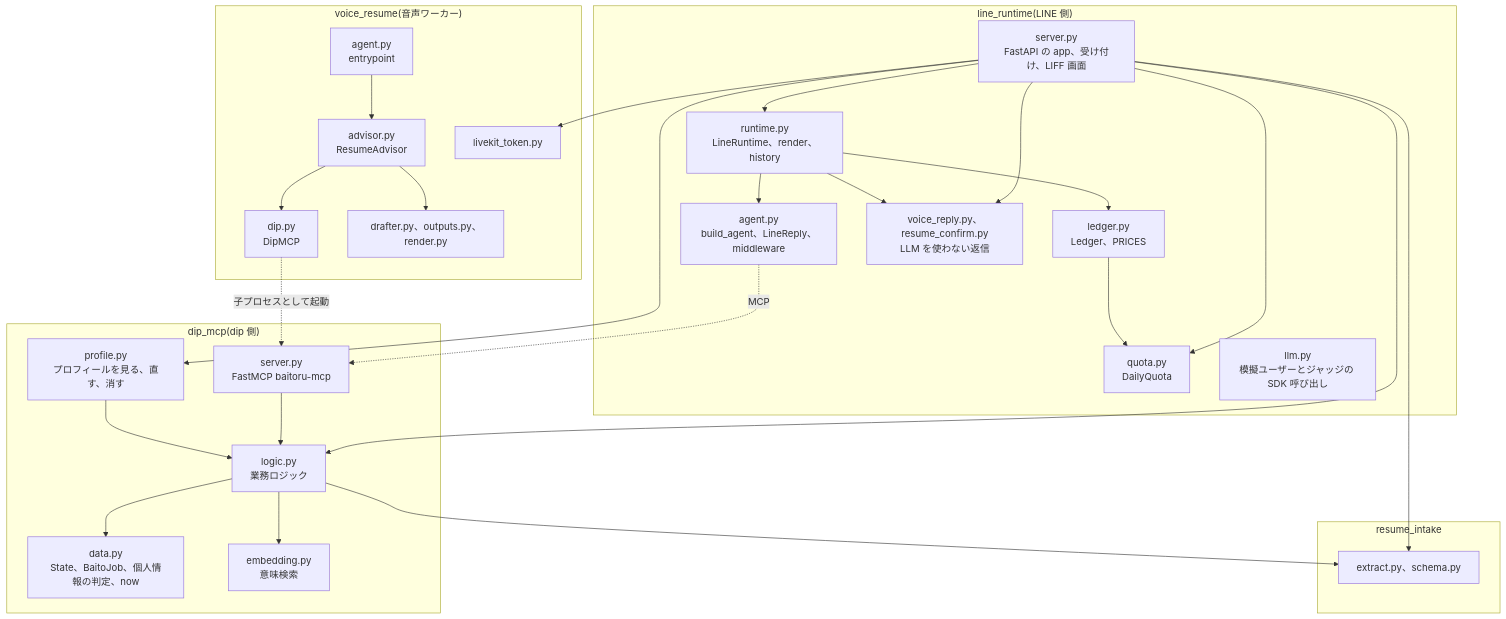
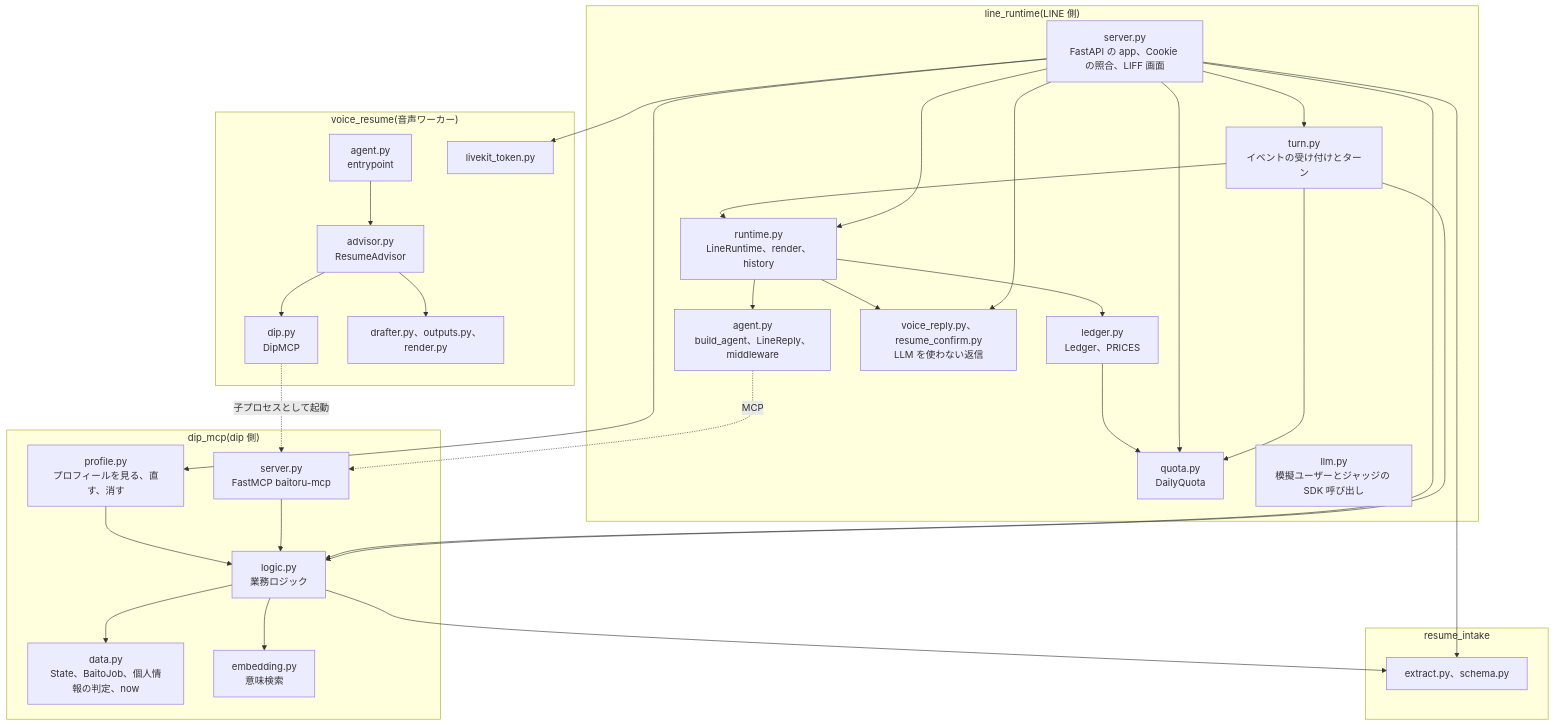
Before and after one commit to jyoka/aica: the first of 10 diagrams in docs/architecture/lld.md, drawn with Mermaid. The commit also changed other lines of this file and 7 other files, not shown here.

````diff
--- a/docs/architecture/lld.md
+++ b/docs/architecture/lld.md
@@ -13,49 +13,54 @@
 ```mermaid
 flowchart TB
     subgraph lr["line_runtime(LINE 側)"]
-        server["server.py<br/>FastAPI の app、受け付け、LIFF 画面"]
+        server["server.py<br/>FastAPI の app、Cookie の照合、LIFF 画面"]
+        turn["turn.py<br/>イベントの受け付けとターン"]
         runtime["runtime.py<br/>LineRuntime、render、history"]
         agent["agent.py<br/>build_agent、LineReply、middleware"]
         quota["quota.py<br/>DailyQuota"]
         ledger["ledger.py<br/>Ledger、PRICES"]
         vreply["voice_reply.py、resume_confirm.py<br/>LLM を使わない返信"]
         llm["llm.py<br/>模擬ユーザーとジャッジの SDK 呼び出し"]
     end
     subgraph dm["dip_mcp(dip 側)"]
         mcp["server.py<br/>FastMCP baitoru-mcp"]
         logic["logic.py<br/>業務ロジック"]
         profile["profile.py<br/>プロフィールを見る、直す、消す"]
         data["data.py<br/>State、BaitoJob、個人情報の判定、now"]
         emb["embedding.py<br/>意味検索"]
     end
     subgraph ri["resume_intake"]
         extract["extract.py、schema.py"]
     end
     subgraph vr["voice_resume(音声ワーカー)"]
         vagent["agent.py<br/>entrypoint"]
         advisor["advisor.py<br/>ResumeAdvisor"]
         vdip["dip.py<br/>DipMCP"]
         vout["drafter.py、outputs.py、render.py"]
         vtoken["livekit_token.py"]
     end
 
     server --> runtime --> agent
+    server --> turn
+    turn --> runtime
+    turn --> quota
+    turn --> logic
     server --> quota
     runtime --> ledger
     ledger --> quota
     server --> vreply
     server --> profile
     server --> logic
     server --> extract
     server --> vtoken
     runtime --> vreply
     mcp --> logic
     profile --> logic
     logic --> data
     logic --> emb
     logic --> extract
     vagent --> advisor --> vdip
     advisor --> vout
     vdip -. "子プロセスとして起動" .-> mcp
     agent -. "MCP" .-> mcp
 ```
````
